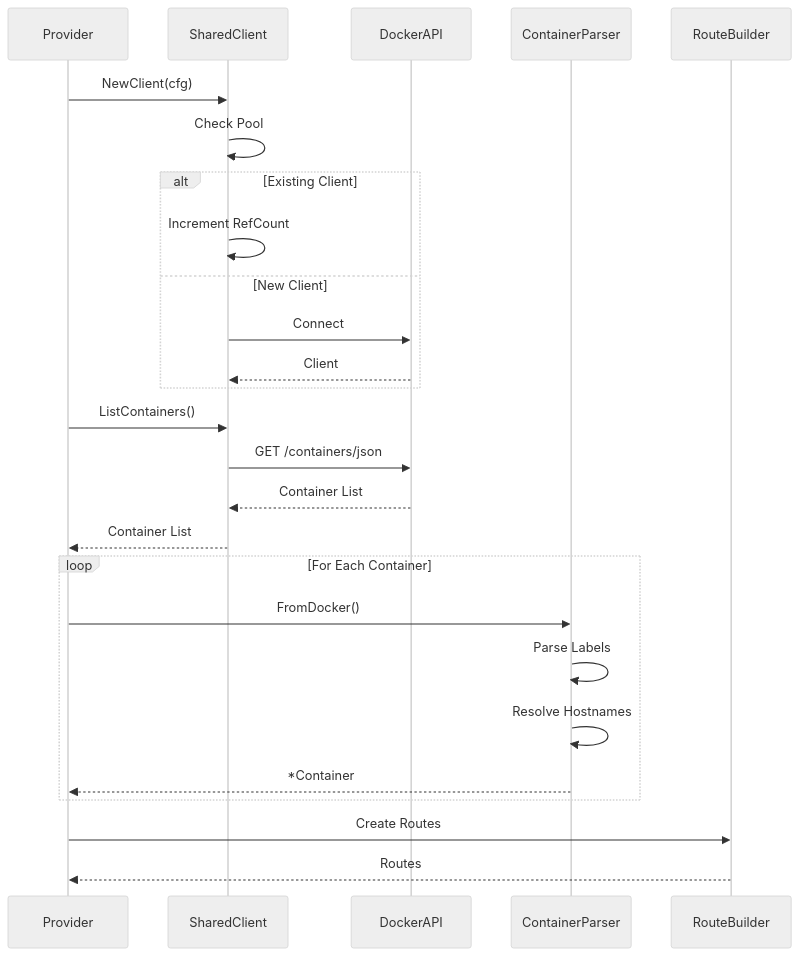
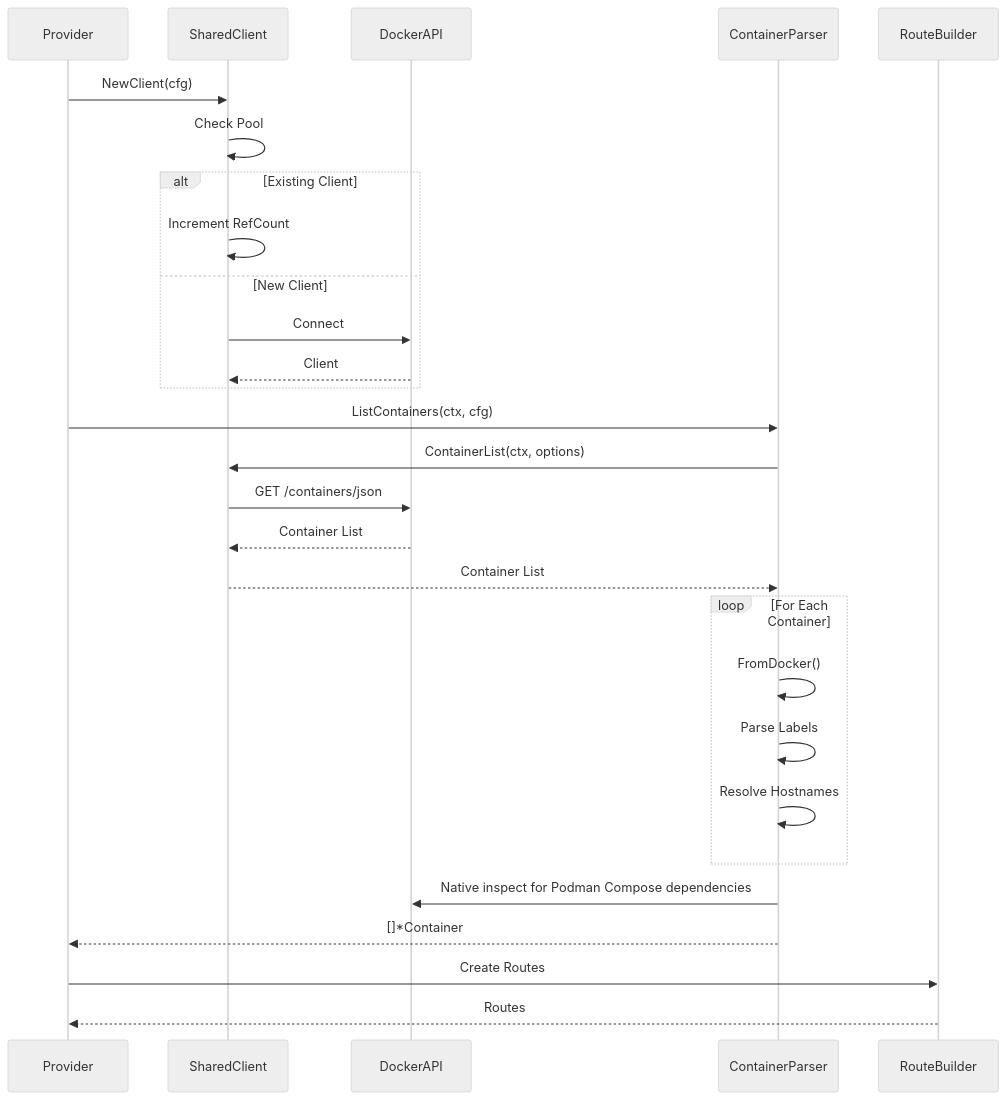
The third of 3 diagrams in content/docs/impl/internal-docker.mdx (yusing/godoxy-wiki), drawn with Mermaid (neutral theme) before and after one commit. The commit also changed other lines of this file and 2 other files, not shown here.

First line of the commit message:
docs(podman): explain automatic Compose dependencies

````diff
--- a/content/docs/impl/internal-docker.mdx
+++ b/content/docs/impl/internal-docker.mdx
@@ -165,32 +170,34 @@
 ```mermaid
 sequenceDiagram
     participant Provider
     participant SharedClient
     participant DockerAPI
     participant ContainerParser
     participant RouteBuilder
 
     Provider->>SharedClient: NewClient(cfg)
     SharedClient->>SharedClient: Check Pool
     alt Existing Client
         SharedClient->>SharedClient: Increment RefCount
     else New Client
         SharedClient->>DockerAPI: Connect
         DockerAPI-->>SharedClient: Client
     end
 
-    Provider->>SharedClient: ListContainers()
+    Provider->>ContainerParser: ListContainers(ctx, cfg)
+    ContainerParser->>SharedClient: ContainerList(ctx, options)
     SharedClient->>DockerAPI: GET /containers/json
     DockerAPI-->>SharedClient: Container List
-    SharedClient-->>Provider: Container List
+    SharedClient-->>ContainerParser: Container List
 
     loop For Each Container
-        Provider->>ContainerParser: FromDocker()
+        ContainerParser->>ContainerParser: FromDocker()
         ContainerParser->>ContainerParser: Parse Labels
         ContainerParser->>ContainerParser: Resolve Hostnames
-        ContainerParser-->>Provider: *Container
     end
+    ContainerParser->>DockerAPI: Native inspect for Podman Compose dependencies
+    ContainerParser-->>Provider: []*Container
 
     Provider->>RouteBuilder: Create Routes
     RouteBuilder-->>Provider: Routes
 ```
````
